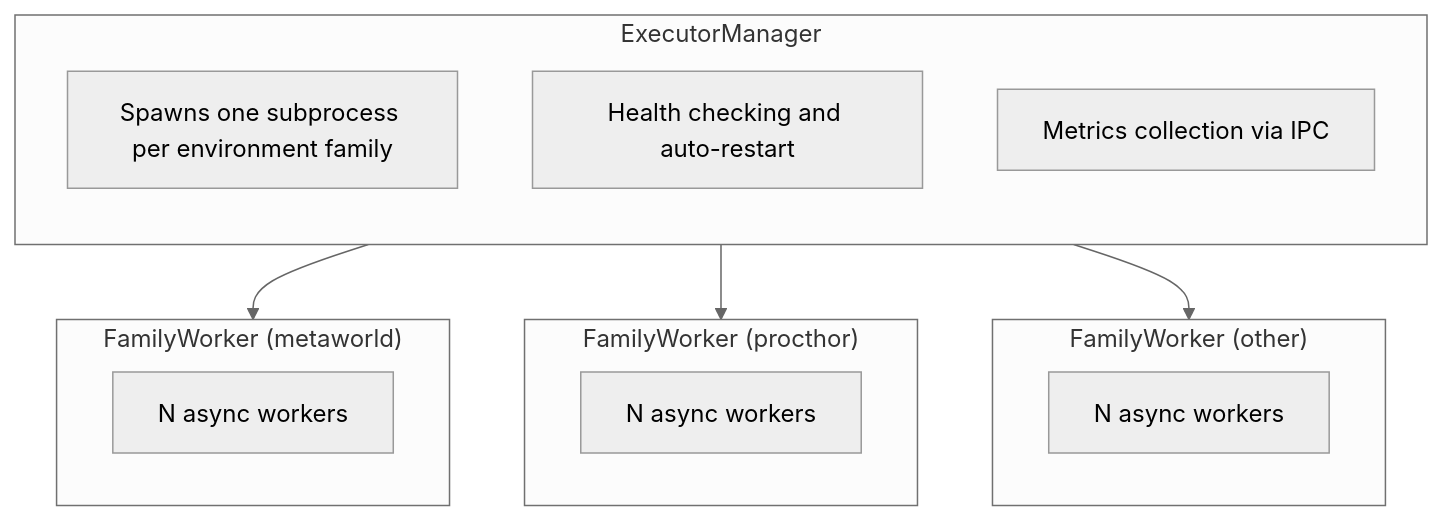
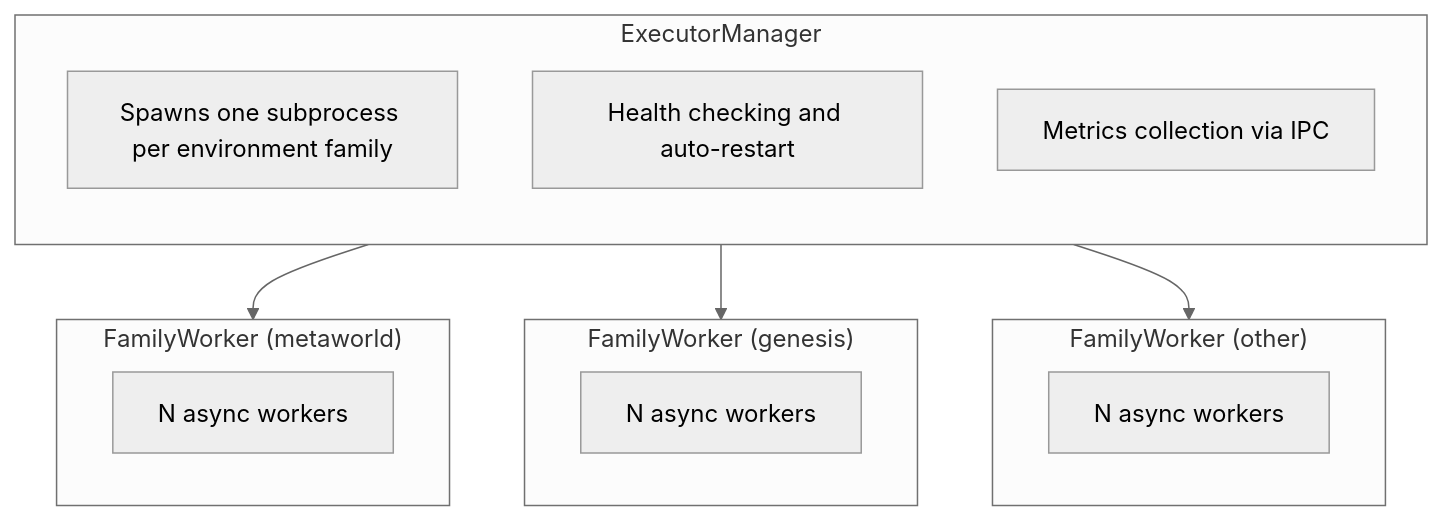
The second of 2 diagrams in docs/backend-guide.md (threetau/kinitro), drawn with Mermaid (neutral theme) before and after one commit. The commit also changed other lines of this file and 26 other files, not shown here.

````diff
--- a/docs/backend-guide.md
+++ b/docs/backend-guide.md
@@ -254,25 +252,25 @@
 ```mermaid
 flowchart TB
     subgraph Main["ExecutorManager"]
         direction TB
         M1["Spawns one subprocess per environment family"]
         M2["Health checking and auto-restart"]
         M3["Metrics collection via IPC"]
     end
 
     Main --> W1
     Main --> W2
     Main --> W3
 
     subgraph W1["FamilyWorker (metaworld)"]
         W1N["N async workers"]
     end
 
-    subgraph W2["FamilyWorker (procthor)"]
+    subgraph W2["FamilyWorker (genesis)"]
         W2N["N async workers"]
     end
 
     subgraph W3["FamilyWorker (other)"]
         W3N["N async workers"]
     end
 ```
````
